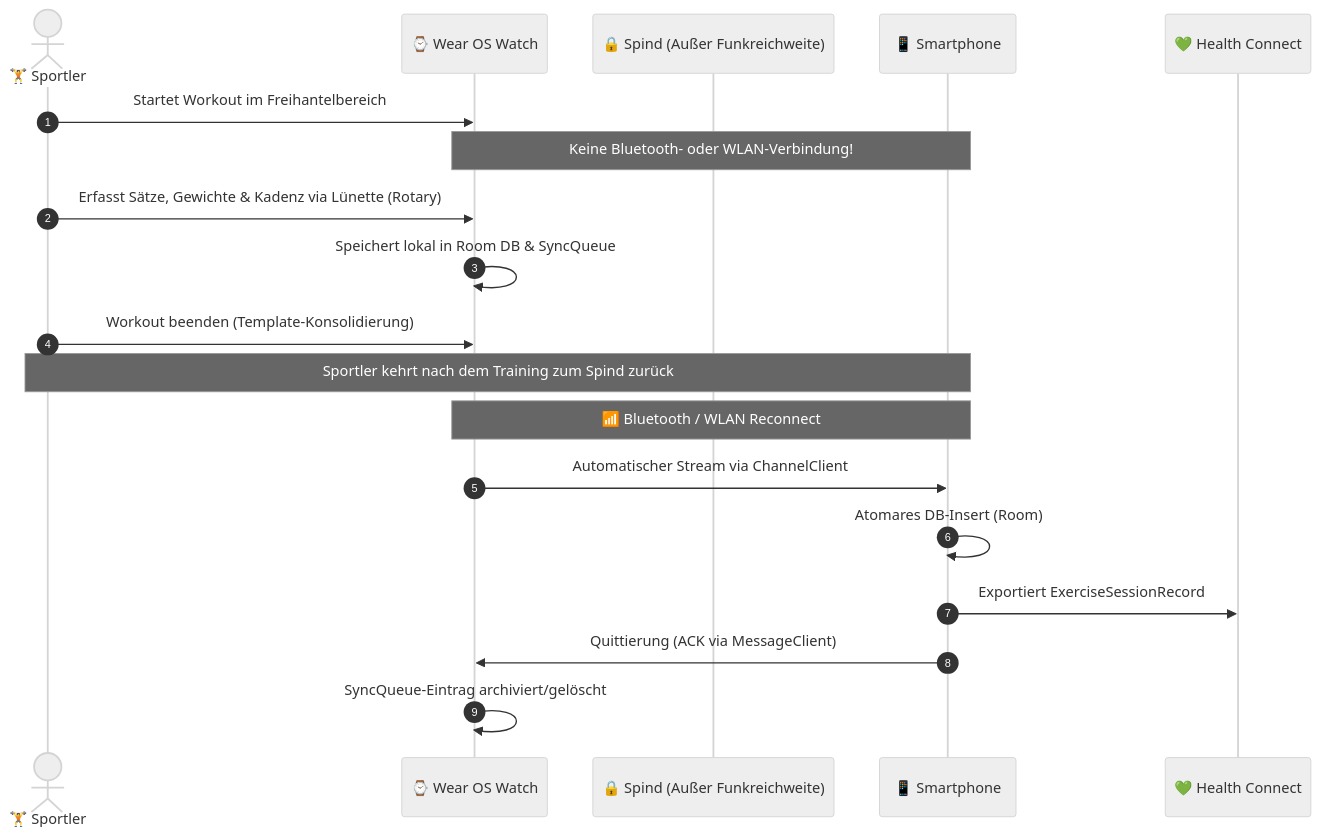
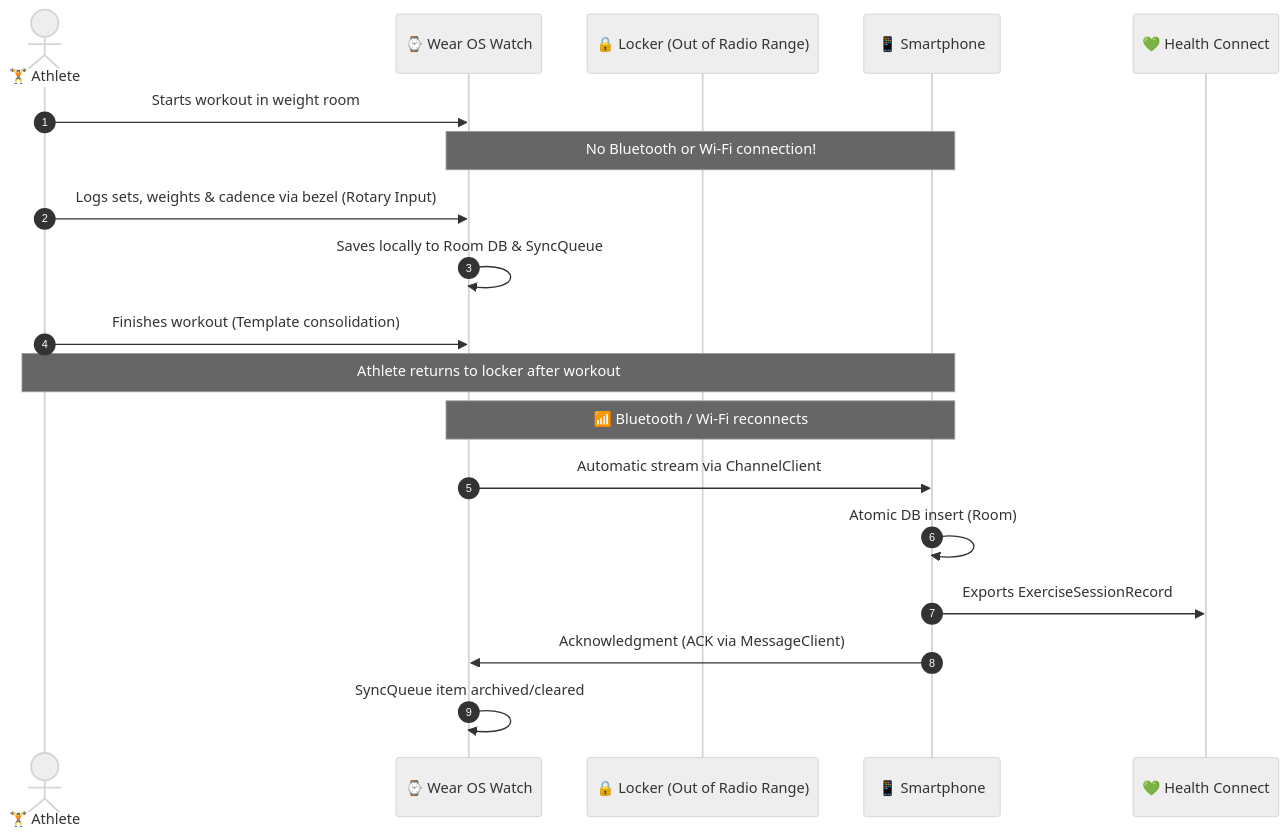
One commit to christian98b/LockerLift changed the first of 3 diagrams in README.md. Above: the diagram before and after it, drawn with Mermaid (neutral theme). The commit also changed other lines of this file and 16 other files, not shown here.

````diff
--- a/README.md
+++ b/README.md
@@ -37,22 +36,22 @@
 ```mermaid
 sequenceDiagram
     autonumber
-    actor User as 🏋️ Sportler
+    actor User as 🏋️ Athlete
     participant Watch as ⌚ Wear OS Watch
-    participant Locker as 🔒 Spind (Außer Funkreichweite)
+    participant Locker as 🔒 Locker (Out of Radio Range)
     participant Phone as 📱 Smartphone
     participant HC as 💚 Health Connect
 
-    User->>Watch: Startet Workout im Freihantelbereich
-    Note over Watch,Phone: Keine Bluetooth- oder WLAN-Verbindung!
-    User->>Watch: Erfasst Sätze, Gewichte & Kadenz via Lünette (Rotary)
-    Watch->>Watch: Speichert lokal in Room DB & SyncQueue
-    User->>Watch: Workout beenden (Template-Konsolidierung)
-    Note over User,Phone: Sportler kehrt nach dem Training zum Spind zurück
-    Note over Watch,Phone: 📶 Bluetooth / WLAN Reconnect
-    Watch->>Phone: Automatischer Stream via ChannelClient
-    Phone->>Phone: Atomares DB-Insert (Room)
-    Phone->>HC: Exportiert ExerciseSessionRecord
-    Phone->>Watch: Quittierung (ACK via MessageClient)
-    Watch->>Watch: SyncQueue-Eintrag archiviert/gelöscht
+    User->>Watch: Starts workout in weight room
+    Note over Watch,Phone: No Bluetooth or Wi-Fi connection!
+    User->>Watch: Logs sets, weights & cadence via bezel (Rotary Input)
+    Watch->>Watch: Saves locally to Room DB & SyncQueue
+    User->>Watch: Finishes workout (Template consolidation)
+    Note over User,Phone: Athlete returns to locker after workout
+    Note over Watch,Phone: 📶 Bluetooth / Wi-Fi reconnects
+    Watch->>Phone: Automatic stream via ChannelClient
+    Phone->>Phone: Atomic DB insert (Room)
+    Phone->>HC: Exports ExerciseSessionRecord
+    Phone->>Watch: Acknowledgment (ACK via MessageClient)
+    Watch->>Watch: SyncQueue item archived/cleared
 ```
````
